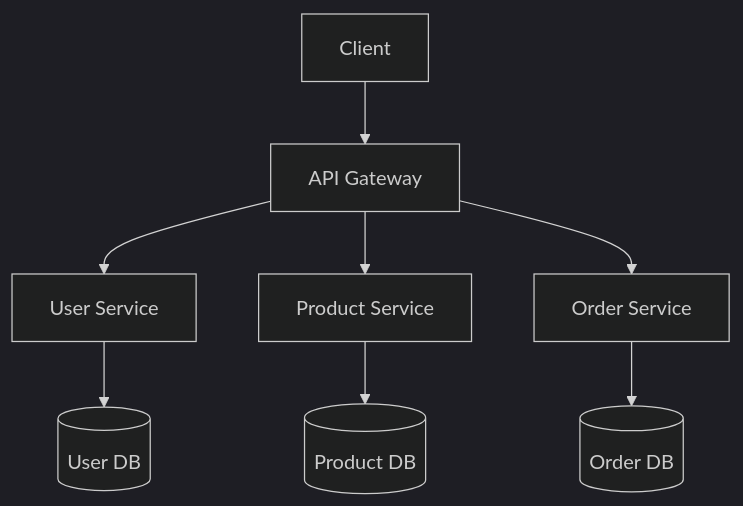
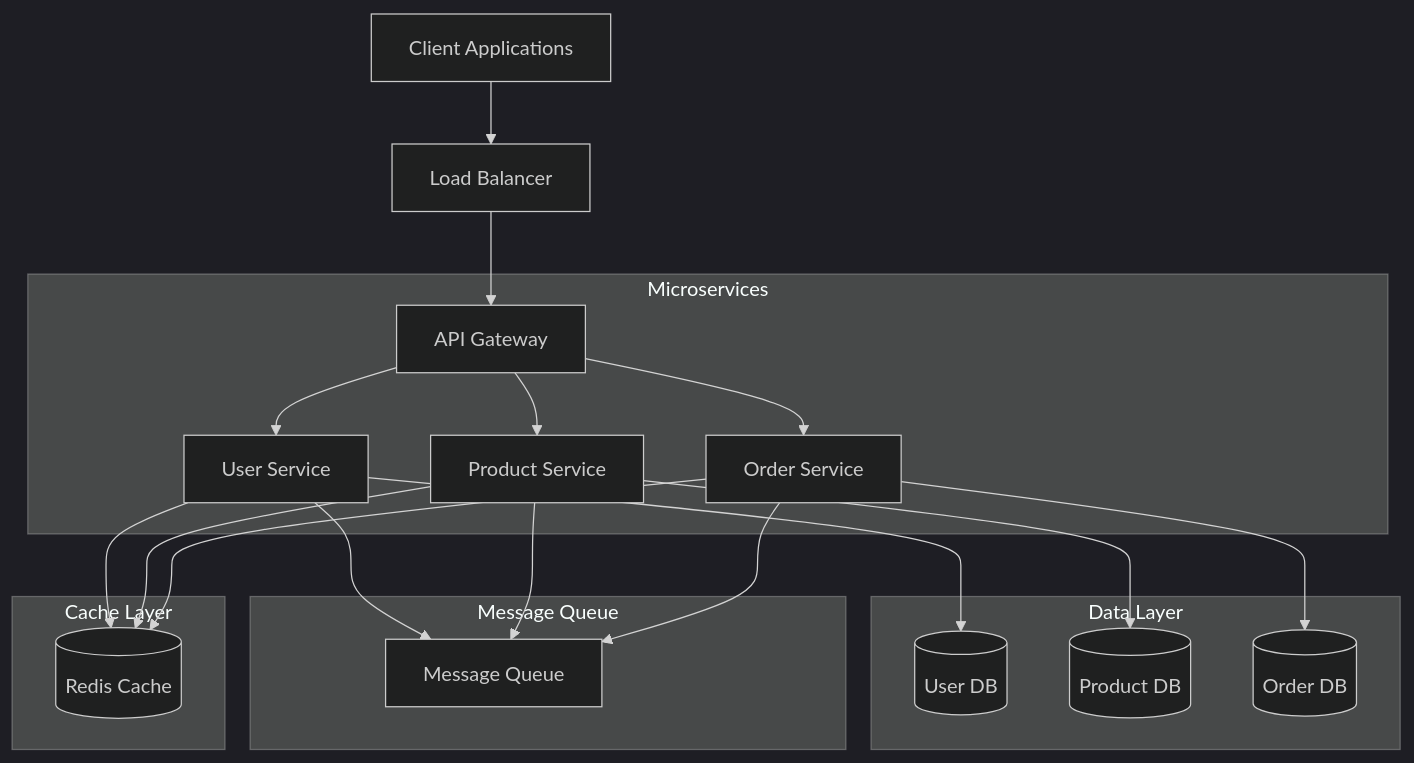
The diagram in README.new.md (JustinGomezcoello/e-commerce), drawn with Mermaid (dark theme) before and after one commit. The commit also changed other lines of this file, not shown here.

First line of the commit message:
feat(microservices): implement clean architecture and security enhancements

````diff
--- a/README.new.md
+++ b/README.new.md
@@ -18,10 +67,29 @@
 ```mermaid
 graph TD
-    A[Client] --> B[API Gateway]
-    B --> C[User Service]
-    B --> D[Product Service]
-    B --> E[Order Service]
-    C --> F[(User DB)]
-    D --> G[(Product DB)]
-    E --> H[(Order DB)]
+    Client[Client Applications] --> LB[Load Balancer]
+    LB --> AG[API Gateway]
+    
+    subgraph Microservices
+        AG --> US[User Service]
+        AG --> PS[Product Service]
+        AG --> OS[Order Service]
+    end
+    
+    subgraph Data Layer
+        US --> UDB[(User DB)]
+        PS --> PDB[(Product DB)]
+        OS --> ODB[(Order DB)]
+    end
+    
+    subgraph Message Queue
+        US --> MQ[Message Queue]
+        PS --> MQ
+        OS --> MQ
+    end
+    
+    subgraph Cache Layer
+        US --> RC[(Redis Cache)]
+        PS --> RC
+        OS --> RC
+    end
 ```
````
